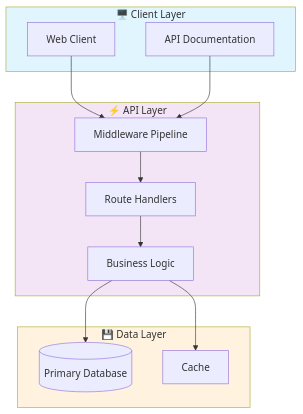
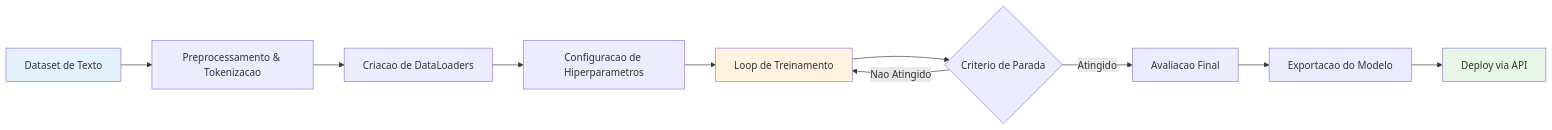
The second of 4 diagrams in README.md (galafis/Large-Language-Model-Trainer), drawn with Mermaid before and after one commit. The commit also changed other lines of this file and 3 other files, not shown here.

````diff
--- a/README.md
+++ b/README.md
@@ -37,28 +69,16 @@
 ```mermaid
-graph TB
-    subgraph Client["🖥️ Client Layer"]
-        A[Web Client]
-        B[API Documentation]
-    end
-    
-    subgraph API["⚡ API Layer"]
-        C[Middleware Pipeline]
-        D[Route Handlers]
-        E[Business Logic]
-    end
-    
-    subgraph Data["💾 Data Layer"]
-        F[(Primary Database)]
-        G[Cache]
-    end
-    
-    A --> C
-    B --> C
-    C --> D --> E
-    E --> F
-    E --> G
-    
-    style Client fill:#e1f5fe
-    style API fill:#f3e5f5
-    style Data fill:#fff3e0
+graph LR
+    A[Dataset de Texto] --> B[Preprocessamento & Tokenizacao]
+    B --> C[Criacao de DataLoaders]
+    C --> D[Configuracao de Hiperparametros]
+    D --> E[Loop de Treinamento]
+    E --> F{Criterio de Parada}
+    F -->|Nao Atingido| E
+    F -->|Atingido| G[Avaliacao Final]
+    G --> H[Exportacao do Modelo]
+    H --> I[Deploy via API]
+
+    style A fill:#e3f2fd
+    style E fill:#fff3e0
+    style I fill:#e8f5e9
 ```
````
